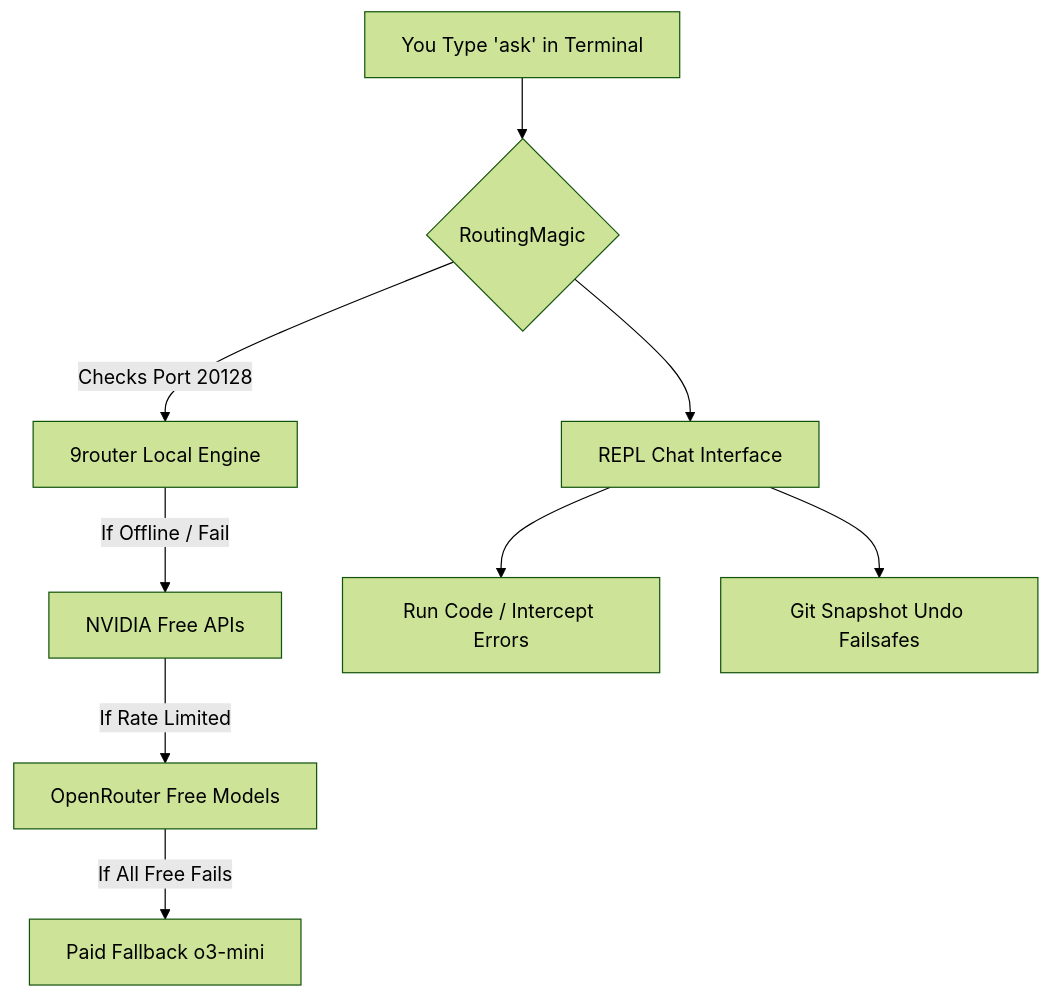
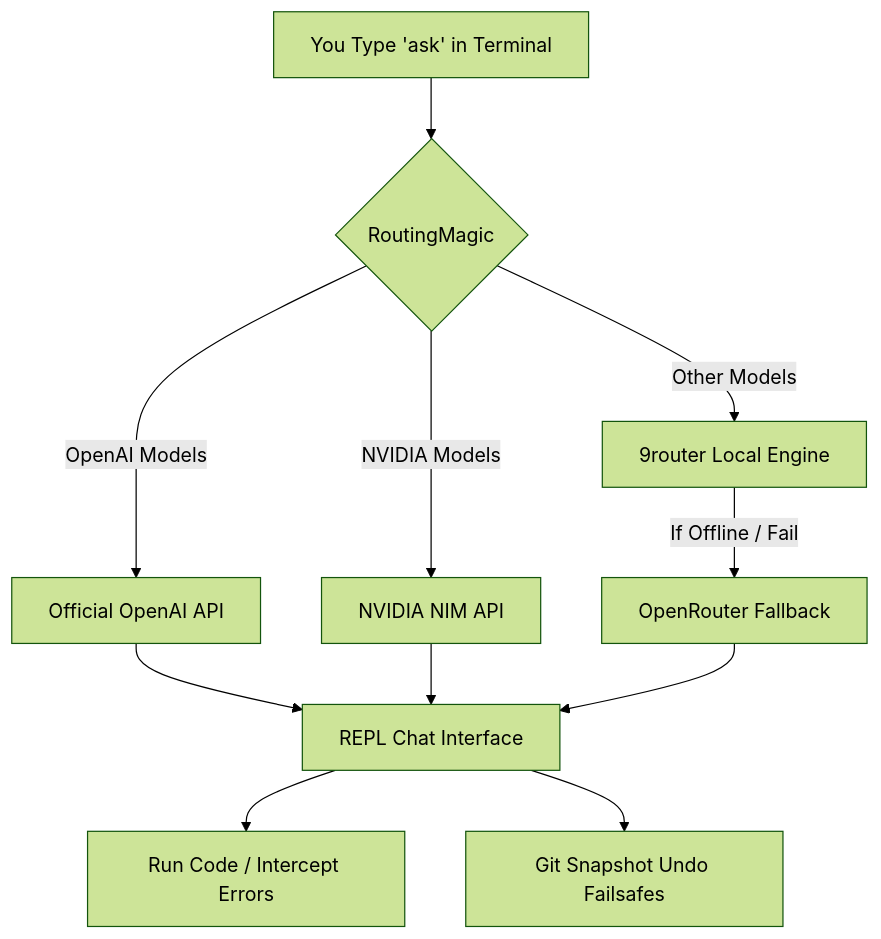
The diagram in README.md (prakharmishra2026/RoutingMagic), drawn with Mermaid (forest theme) before and after one commit. The commit also changed 3 other files, not shown here.

Commit message:
Update architecture diagram and add typewriter streaming simulation

````diff
--- a/README.md
+++ b/README.md
@@ -16,12 +16,14 @@
 ```mermaid
 graph TD
     A[You Type 'ask' in Terminal] --> B{RoutingMagic}
-    B -->|Checks Port 20128| C[9router Local Engine]
-    C -->|If Offline / Fail| D[NVIDIA Free APIs]
-    D -->|If Rate Limited| E[OpenRouter Free Models]
-    E -->|If All Free Fails| F[Paid Fallback o3-mini]
     
-    B --> G[REPL Chat Interface]
+    B -->|OpenAI Models| C[Official OpenAI API]
+    B -->|NVIDIA Models| D[NVIDIA NIM API]
+    B -->|Other Models| E[9router Local Engine]
+    
+    E -->|If Offline / Fail| F[OpenRouter Fallback]
+    
+    C & D & F --> G[REPL Chat Interface]
     G --> H[Run Code / Intercept Errors]
     G --> I[Git Snapshot Undo Failsafes]
 ```
````
